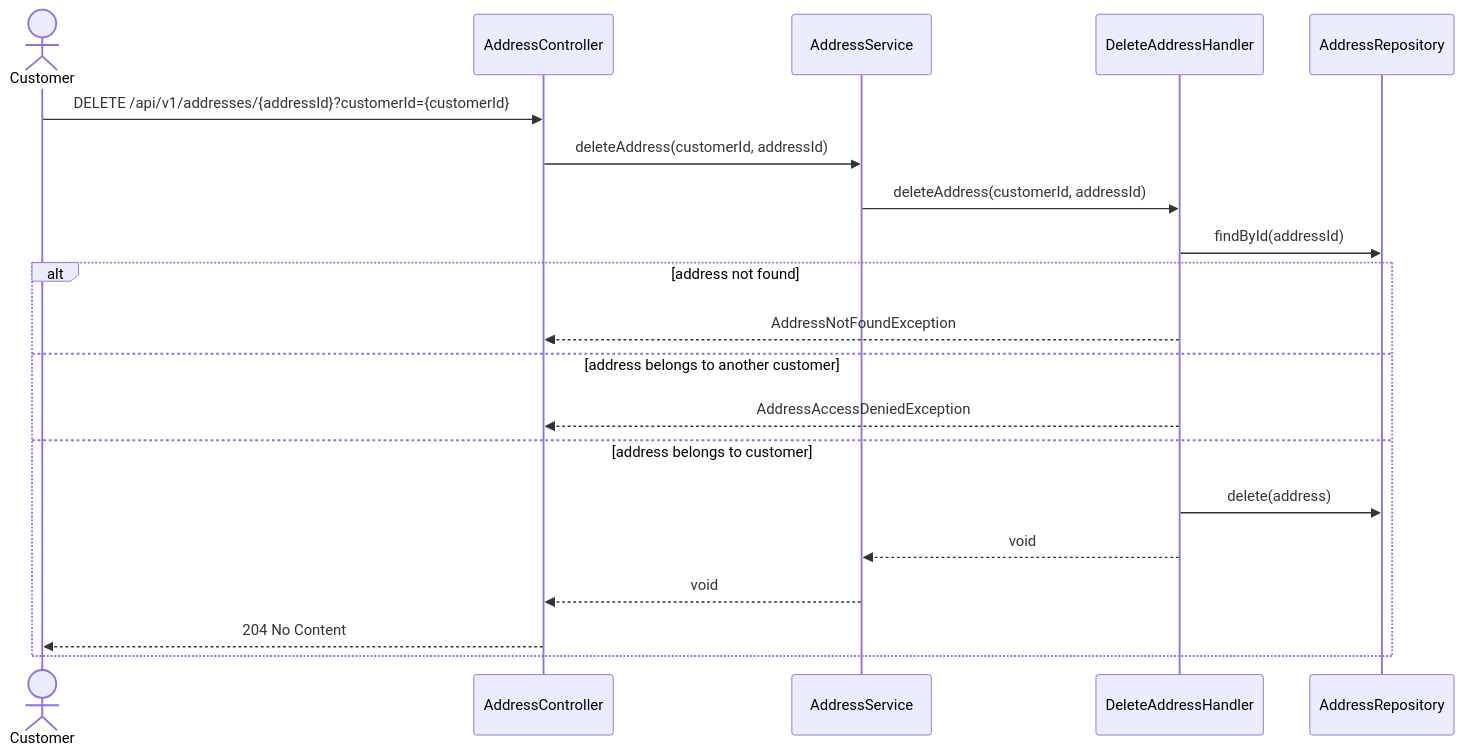
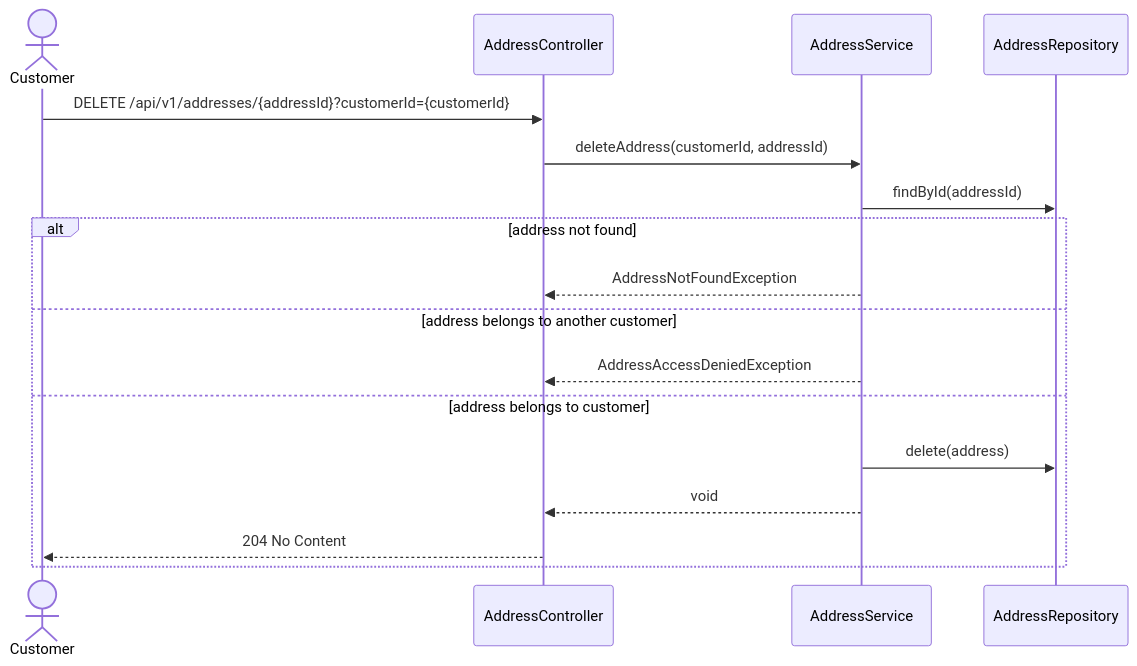
Before and after one commit to msmohammed0077-cmd/mentorship-restaurant: the fifth of 5 diagrams in restaurant/.docs/use-cases/customer-management/address-management/sequence-diagrams.md, drawn with Mermaid. The commit also changed other lines of this file and 14 other files, not shown here.

````diff
--- a/restaurant/.docs/use-cases/customer-management/address-management/sequence-diagrams.md
+++ b/restaurant/.docs/use-cases/customer-management/address-management/sequence-diagrams.md
@@ -132,23 +120,20 @@
 ```mermaid
 sequenceDiagram
     actor Customer
     participant C as AddressController
-    participant S as AddressService
-    participant H as DeleteAddressHandler
+    participant H as AddressService
     participant Addresses as AddressRepository
 
     Customer->>C: DELETE /api/v1/addresses/{addressId}?customerId={customerId}
-    C->>S: deleteAddress(customerId, addressId)
-    S->>H: deleteAddress(customerId, addressId)
+    C->>H: deleteAddress(customerId, addressId)
     H->>Addresses: findById(addressId)
     alt address not found
         H-->>C: AddressNotFoundException
     else address belongs to another customer
         H-->>C: AddressAccessDeniedException
     else address belongs to customer
         H->>Addresses: delete(address)
-        H-->>S: void
-        S-->>C: void
+        H-->>C: void
         C-->>Customer: 204 No Content
     end
 ```
````
